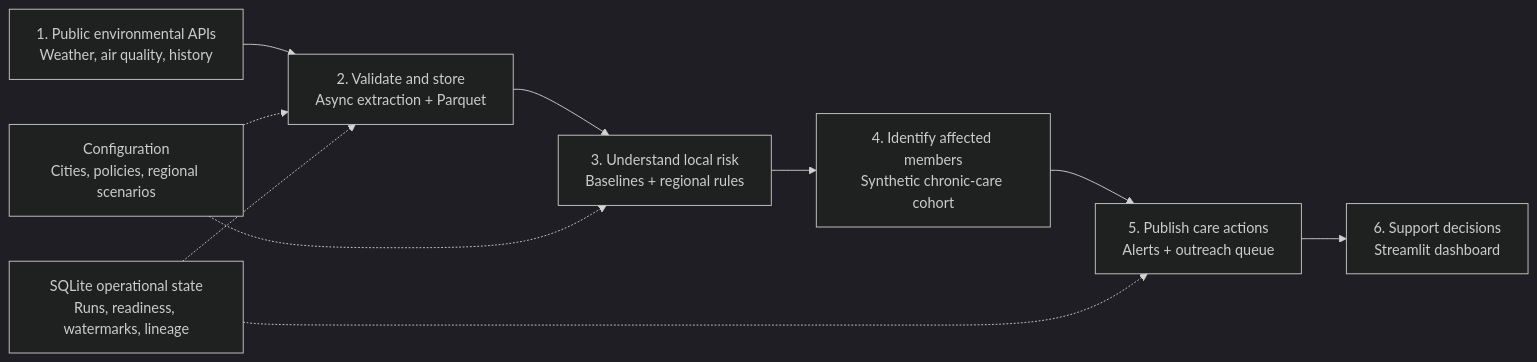
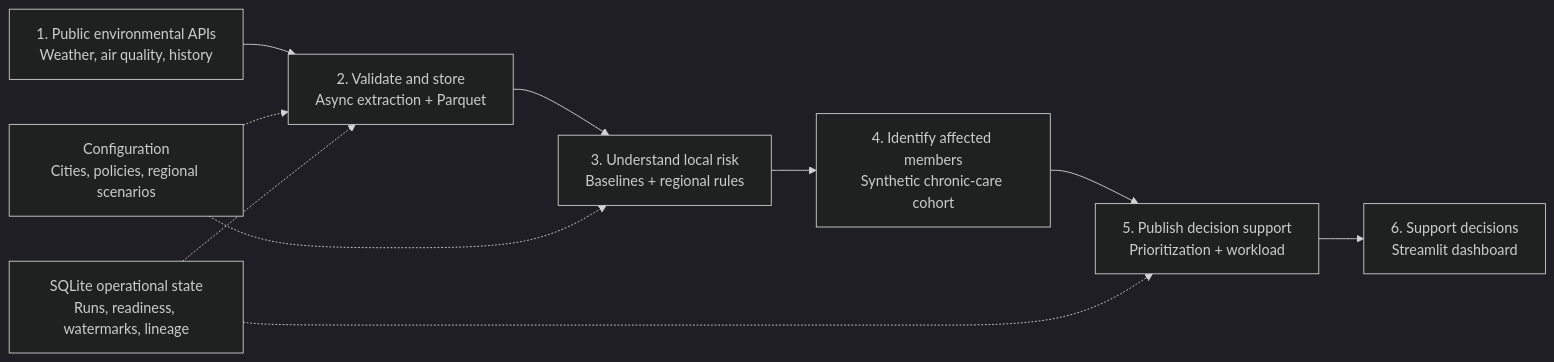
Before and after one commit to yasho6o4l999/CareSignalIndia: the first of 3 diagrams in docs/architecture.md, drawn with Mermaid (dark theme). The commit also changed other lines of this file and 138 other files, not shown here.

````diff
--- a/docs/architecture.md
+++ b/docs/architecture.md
@@ -12,16 +11,16 @@
 ```mermaid
 flowchart LR
     A["1. Public environmental APIs<br/>Weather, air quality, history"]
     B["2. Validate and store<br/>Async extraction + Parquet"]
     C["3. Understand local risk<br/>Baselines + regional rules"]
     D["4. Identify affected members<br/>Synthetic chronic-care cohort"]
-    E["5. Publish care actions<br/>Alerts + outreach queue"]
+    E["5. Publish decision support<br/>Prioritization + workload"]
     F["6. Support decisions<br/>Streamlit dashboard"]
 
     A --> B --> C --> D --> E --> F
 
     Config["Configuration<br/>Cities, policies, regional scenarios"] -.-> B
     Config -.-> C
     Operations["SQLite operational state<br/>Runs, readiness, watermarks, lineage"] -.-> B
     Operations -.-> E
 ```
````
